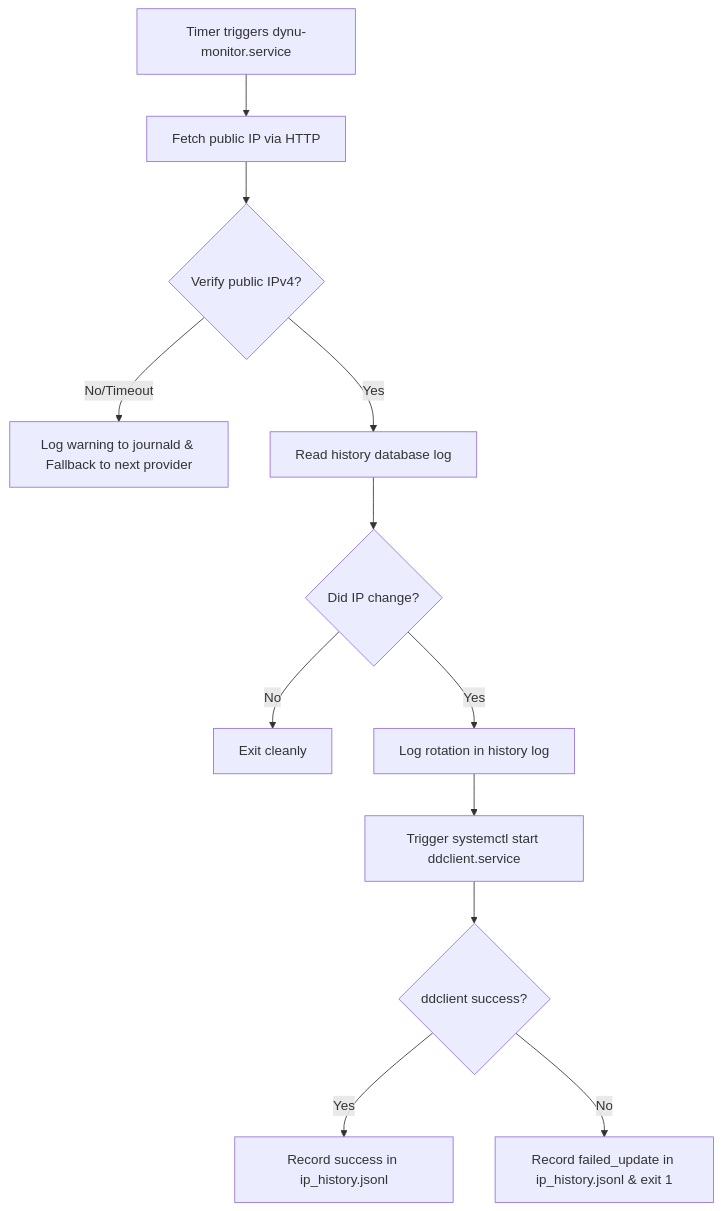
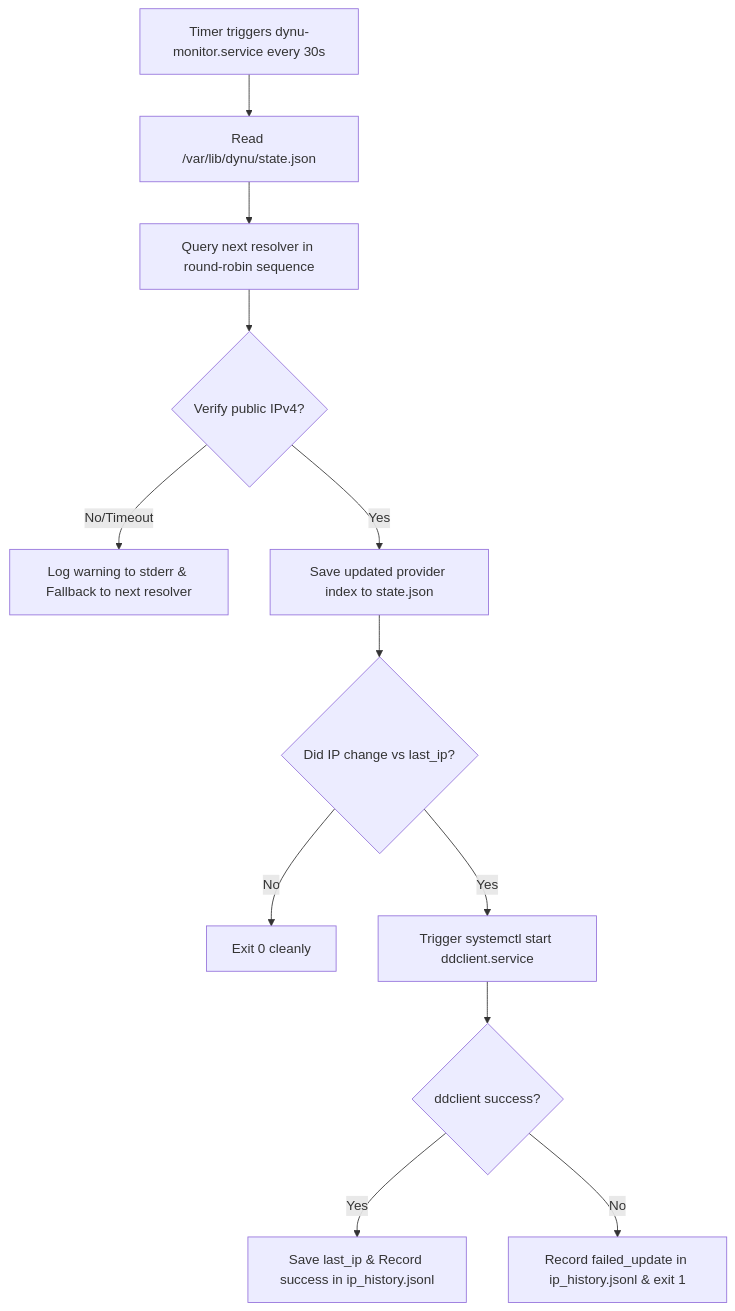
One commit to kiskaadee/nixos-config changed the diagram in docs/dynu-ip-monitor.md. Above: the diagram before and after it, drawn with Mermaid. The commit also changed other lines of this file and 5 other files, not shown here.

First line of the commit message:
refactor(dynu): upgrade DDNS monitor to stateful round-robin polling every 30 seconds

````diff
--- a/docs/dynu-ip-monitor.md
+++ b/docs/dynu-ip-monitor.md
@@ -11,14 +11,14 @@
 ```mermaid
 graph TD
-    A[Timer triggers dynu-monitor.service] --> B[Fetch public IP via HTTP]
-    B --> C{Verify public IPv4?}
-    C -- No/Timeout --> D[Log warning to journald & Fallback to next provider]
-    C -- Yes --> E[Read history database log]
-    E --> F{Did IP change?}
-    F -- No --> G[Exit cleanly]
-    F -- Yes --> H[Log rotation in history log]
-    H --> I[Trigger systemctl start ddclient.service]
+    A[Timer triggers dynu-monitor.service every 30s] --> B[Read /var/lib/dynu/state.json]
+    B --> C[Query next resolver in round-robin sequence]
+    C --> D{Verify public IPv4?}
+    D -- No/Timeout --> E[Log warning to stderr & Fallback to next resolver]
+    D -- Yes --> F[Save updated provider index to state.json]
+    F --> G{Did IP change vs last_ip?}
+    G -- No --> H[Exit 0 cleanly]
+    G -- Yes --> I[Trigger systemctl start ddclient.service]
     I --> J{ddclient success?}
-    J -- Yes --> K[Record success in ip_history.jsonl]
+    J -- Yes --> K[Save last_ip & Record success in ip_history.jsonl]
     J -- No --> L[Record failed_update in ip_history.jsonl & exit 1]
 ```
````
